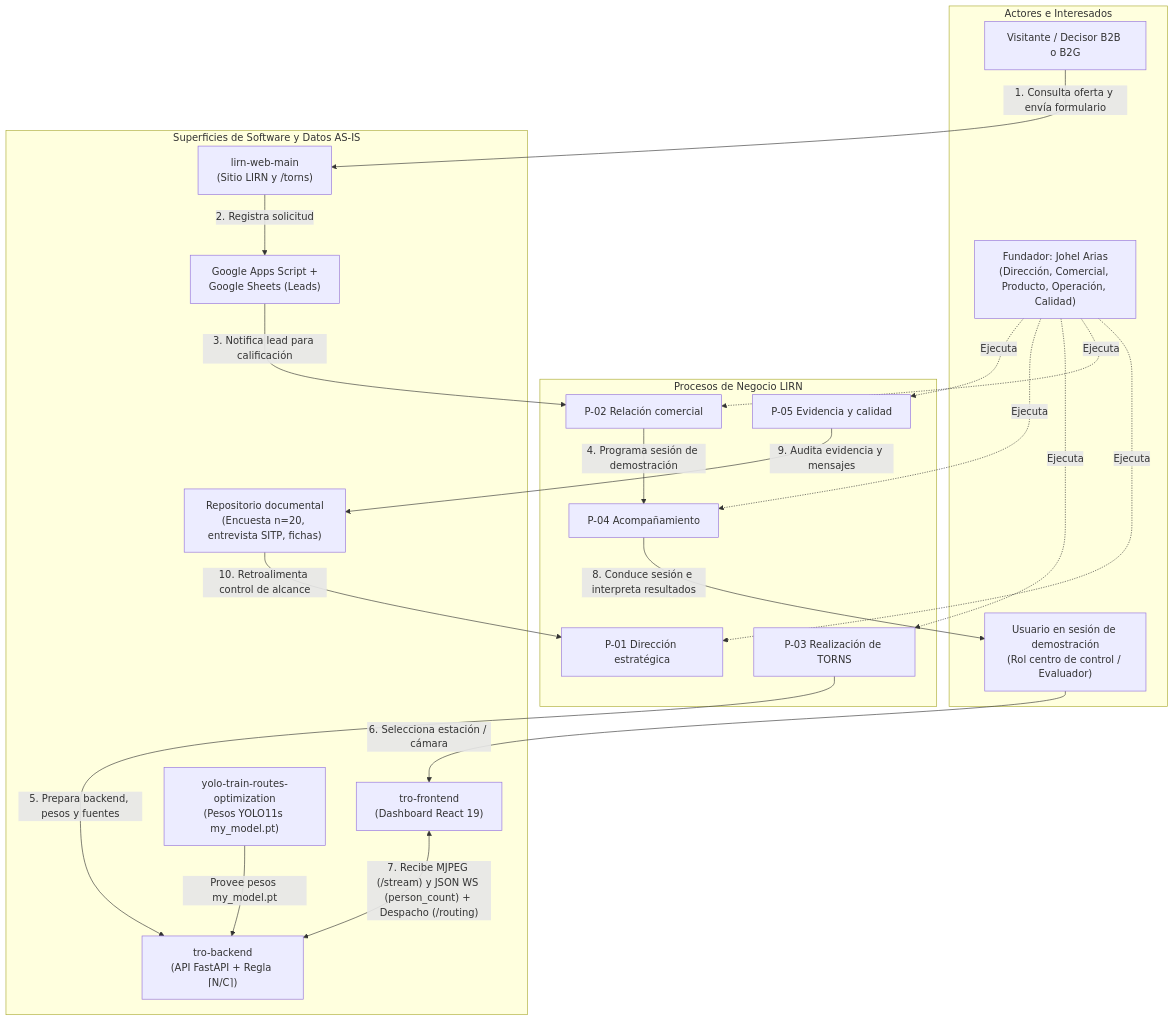
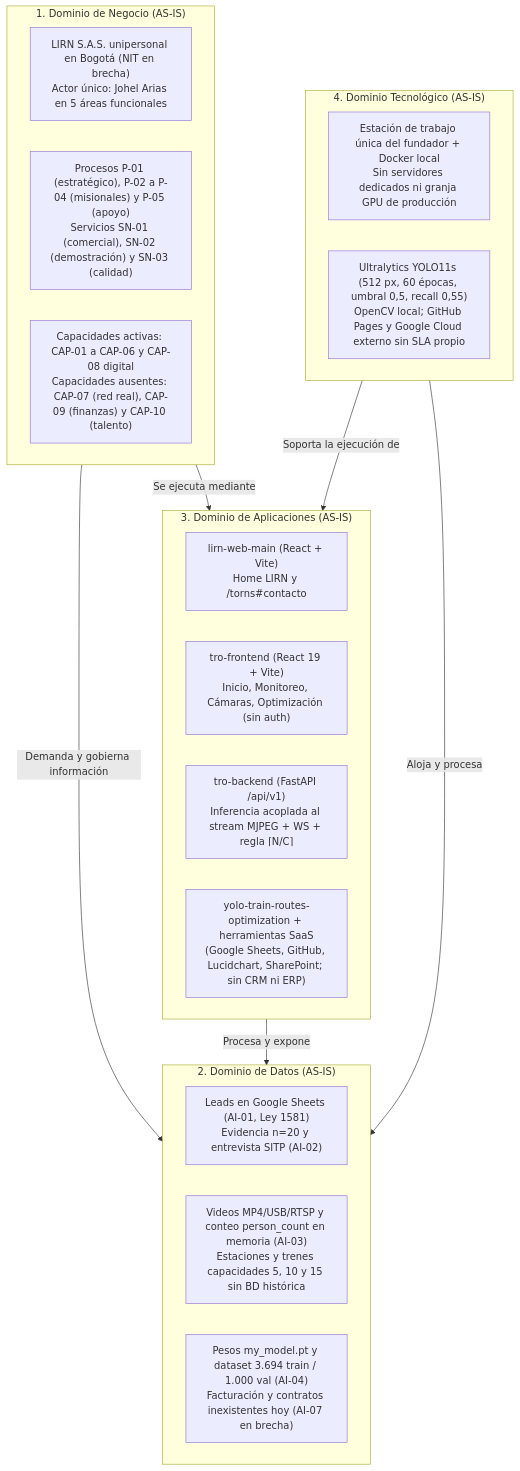
The diagram in docs/ae-final-project/ondas/M1-negocio/04-arquitectura-negocio-as-is.md (5arSanti/tro-launcher), drawn with Mermaid before and after one commit. The commit also changed other lines of this file and 1 other file, not shown here.

````diff
--- a/docs/ae-final-project/ondas/M1-negocio/04-arquitectura-negocio-as-is.md
+++ b/docs/ae-final-project/ondas/M1-negocio/04-arquitectura-negocio-as-is.md
@@ -48,42 +14,32 @@
 ```mermaid
 flowchart TB
-    subgraph ACT["Actores e Interesados"]
-        VIS["Visitante / Decisor B2B o B2G"]
-        OPE["Usuario en sesión de demostración<br/>(Rol centro de control / Evaluador)"]
-        FUN["Fundador: Johel Arias<br/>(Dirección, Comercial, Producto, Operación, Calidad)"]
+    subgraph DOM_NEG["1. Dominio de Negocio (AS-IS)"]
+        N_ORG["LIRN S.A.S. unipersonal en Bogotá (NIT en brecha)<br/>Actor único: Johel Arias en 5 áreas funcionales"]
+        N_PRO["Procesos P-01 (estratégico), P-02 a P-04 (misionales) y P-05 (apoyo)<br/>Servicios SN-01 (comercial), SN-02 (demostración) y SN-03 (calidad)"]
+        N_CAP["Capacidades activas: CAP-01 a CAP-06 y CAP-08 digital<br/>Capacidades ausentes: CAP-07 (red real), CAP-09 (finanzas) y CAP-10 (talento)"]
     end
 
-    subgraph NEG["Procesos de Negocio LIRN"]
-        P01["P-01 Dirección estratégica"]
-        P02["P-02 Relación comercial"]
-        P03["P-03 Realización de TORNS"]
-        P04["P-04 Acompañamiento"]
-        P05["P-05 Evidencia y calidad"]
+    subgraph DOM_DAT["2. Dominio de Datos (AS-IS)"]
+        D_COM["Leads en Google Sheets (AI-01, Ley 1581)<br/>Evidencia n=20 y entrevista SITP (AI-02)"]
+        D_OPE["Videos MP4/USB/RTSP y conteo person_count en memoria (AI-03)<br/>Estaciones y trenes capacidades 5, 10 y 15 sin BD histórica"]
+        D_MOD["Pesos my_model.pt y dataset 3.694 train / 1.000 val (AI-04)<br/>Facturación y contratos inexistentes hoy (AI-07 en brecha)"]
     end
 
-    subgraph SIS["Superficies de Software y Datos AS-IS"]
-        WEB["lirn-web-main<br/>(Sitio LIRN y /torns)"]
-        SHT["Google Apps Script +<br/>Google Sheets (Leads)"]
-        FE["tro-frontend<br/>(Dashboard React 19)"]
-        BE["tro-backend<br/>(API FastAPI + Regla ⌈N/C⌉)"]
-        YOLO["yolo-train-routes-optimization<br/>(Pesos YOLO11s my_model.pt)"]
-        EVI["Repositorio documental<br/>(Encuesta n=20, entrevista SITP, fichas)"]
+    subgraph DOM_APP["3. Dominio de Aplicaciones (AS-IS)"]
+        A_WEB["lirn-web-main (React + Vite)<br/>Home LIRN y /torns#contacto"]
+        A_FE["tro-frontend (React 19 + Vite)<br/>Inicio, Monitoreo, Cámaras, Optimización (sin auth)"]
+        A_BE["tro-backend (FastAPI /api/v1)<br/>Inferencia acoplada al stream MJPEG + WS + regla ⌈N/C⌉"]
+        A_TRN["yolo-train-routes-optimization + herramientas SaaS<br/>(Google Sheets, GitHub, Lucidchart, SharePoint; sin CRM ni ERP)"]
     end
 
-    VIS -->|"1. Consulta oferta y envía formulario"| WEB
-    WEB -->|"2. Registra solicitud"| SHT
-    SHT -->|"3. Notifica lead para calificación"| P02
-    FUN -.->|"Ejecuta"| P01
-    FUN -.->|"Ejecuta"| P02
-    FUN -.->|"Ejecuta"| P03
-    FUN -.->|"Ejecuta"| P04
-    FUN -.->|"Ejecuta"| P05
-    P02 -->|"4. Programa sesión de demostración"| P04
-    P03 -->|"5. Prepara backend, pesos y fuentes"| BE
-    YOLO -->|"Provee pesos my_model.pt"| BE
-    OPE -->|"6. Selecciona estación / cámara"| FE
-    FE <-->|"7. Recibe MJPEG (/stream) y JSON WS (person_count) + Despacho (/routing)"| BE
-    P04 -->|"8. Conduce sesión e interpreta resultados"| OPE
-    P05 -->|"9. Audita evidencia y mensajes"| EVI
-    EVI -->|"10. Retroalimenta control de alcance"| P01
+    subgraph DOM_TEC["4. Dominio Tecnológico (AS-IS)"]
+        T_LOC["Estación de trabajo única del fundador + Docker local<br/>Sin servidores dedicados ni granja GPU de producción"]
+        T_MOD["Ultralytics YOLO11s (512 px, 60 épocas, umbral 0,5, recall 0,55)<br/>OpenCV local; GitHub Pages y Google Cloud externo sin SLA propio"]
+    end
+
+    DOM_NEG -->|"Demanda y gobierna información"| DOM_DAT
+    DOM_NEG -->|"Se ejecuta mediante"| DOM_APP
+    DOM_APP -->|"Procesa y expone"| DOM_DAT
+    DOM_TEC -->|"Soporta la ejecución de"| DOM_APP
+    DOM_TEC -->|"Aloja y procesa"| DOM_DAT
 ```
````
